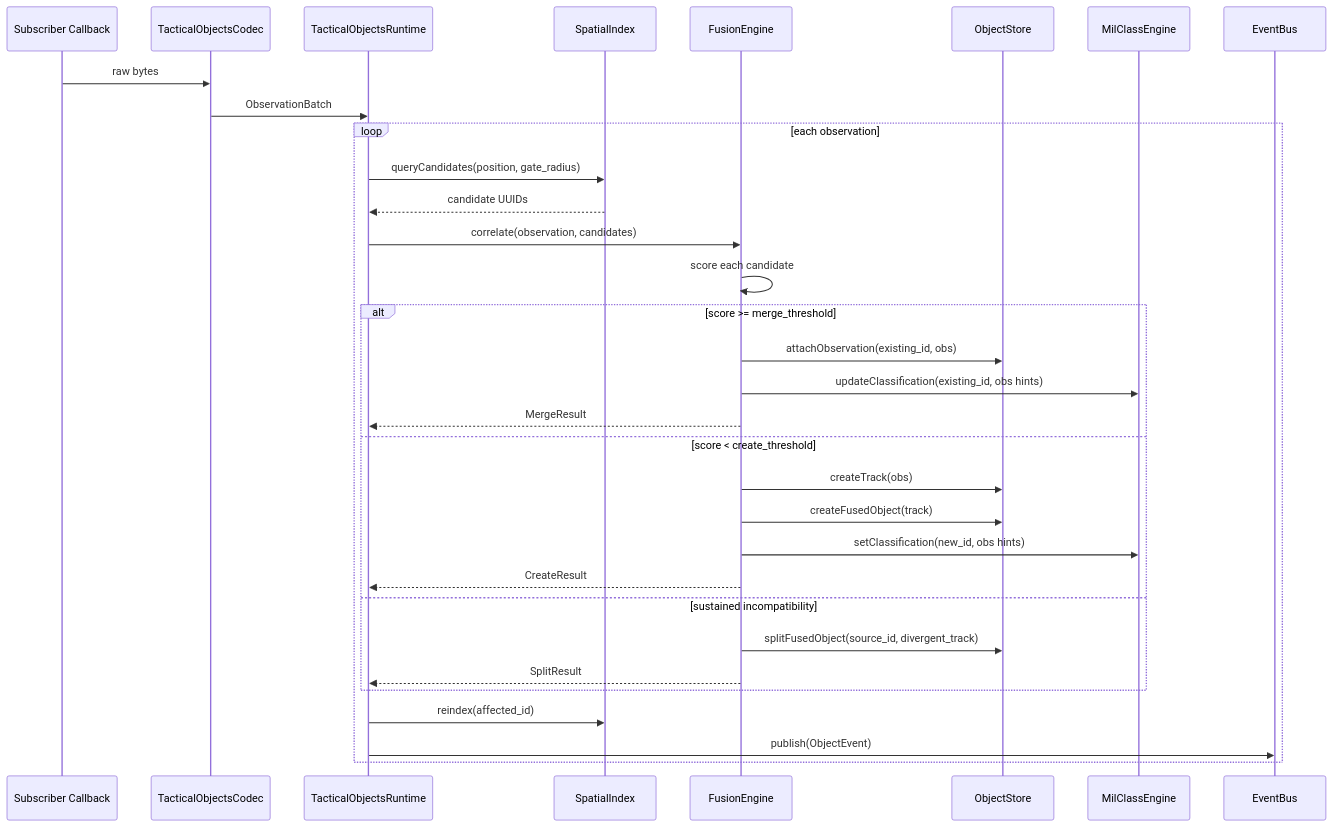
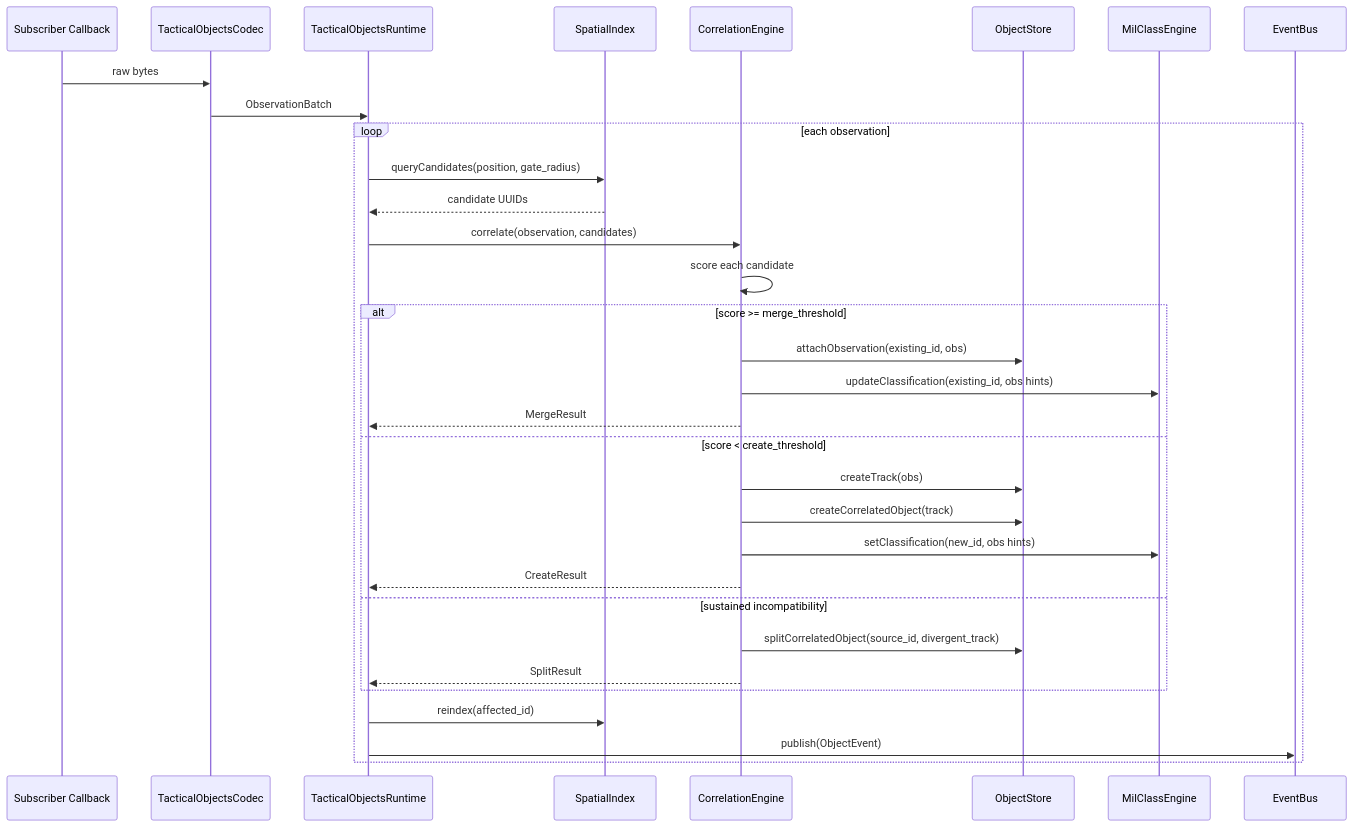
Before and after one commit to Ackoogin/mujin: the fifth of 16 diagrams in pyramid/tactical_objects/ARCHITECTURE.md, drawn with Mermaid. The commit also changed other lines of this file and 52 other files, not shown here.

````diff
--- a/pyramid/tactical_objects/ARCHITECTURE.md
+++ b/pyramid/tactical_objects/ARCHITECTURE.md
@@ -171,35 +171,35 @@
 ```mermaid
 sequenceDiagram
     participant Sub as Subscriber Callback
     participant Codec as TacticalObjectsCodec
     participant RT as TacticalObjectsRuntime
     participant SI as SpatialIndex
-    participant FE as FusionEngine
+    participant FE as CorrelationEngine
     participant OS as ObjectStore
     participant MC as MilClassEngine
     participant EB as EventBus
 
     Sub->>Codec: raw bytes
     Codec->>RT: ObservationBatch
     loop each observation
         RT->>SI: queryCandidates(position, gate_radius)
         SI-->>RT: candidate UUIDs
         RT->>FE: correlate(observation, candidates)
         FE->>FE: score each candidate
         alt score >= merge_threshold
             FE->>OS: attachObservation(existing_id, obs)
             FE->>MC: updateClassification(existing_id, obs hints)
             FE-->>RT: MergeResult
         else score < create_threshold
             FE->>OS: createTrack(obs)
-            FE->>OS: createFusedObject(track)
+            FE->>OS: createCorrelatedObject(track)
             FE->>MC: setClassification(new_id, obs hints)
             FE-->>RT: CreateResult
         else sustained incompatibility
-            FE->>OS: splitFusedObject(source_id, divergent_track)
+            FE->>OS: splitCorrelatedObject(source_id, divergent_track)
             FE-->>RT: SplitResult
         end
         RT->>SI: reindex(affected_id)
         RT->>EB: publish(ObjectEvent)
     end
 ```
````
